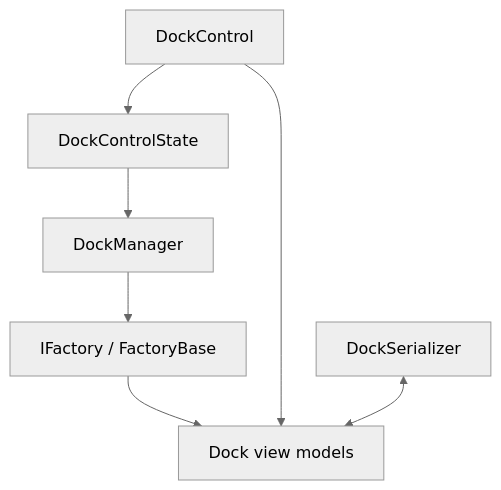
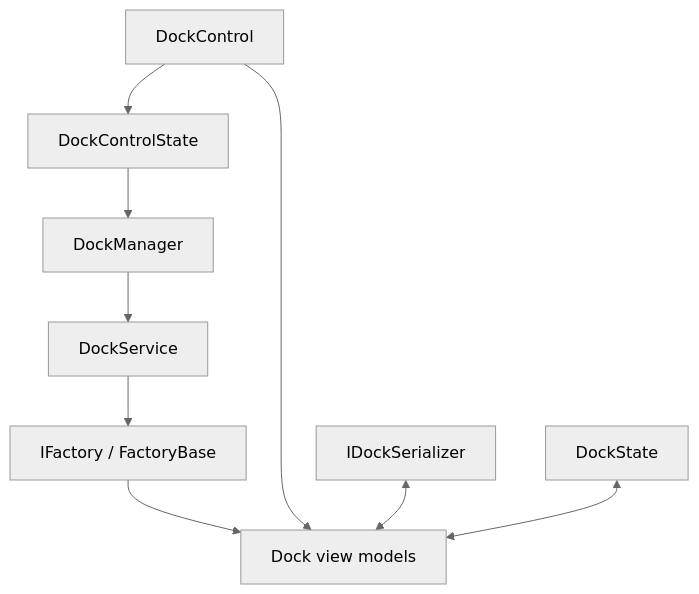
One commit to wieslawsoltes/Dock changed the diagram in docs/dock-architecture.md. Above: the diagram before and after it, drawn with Mermaid (neutral theme). The commit also changed other lines of this file and 44 other files, not shown here.

````diff
--- a/docs/dock-architecture.md
+++ b/docs/dock-architecture.md
@@ -25,16 +29,20 @@
 ```mermaid
 flowchart TD
     UI[DockControl]
     State[DockControlState]
     Manager[DockManager]
+    Service[DockService]
     Factory[IFactory / FactoryBase]
     VM[Dock view models]
-    Serializer[DockSerializer]
+    Serializer[IDockSerializer]
+    StateStore[DockState]
 
     UI --> State
     State --> Manager
-    Manager --> Factory
+    Manager --> Service
+    Service --> Factory
     Factory --> VM
     UI --> VM
     Serializer <--> VM
+    StateStore <--> VM
 ```
````
